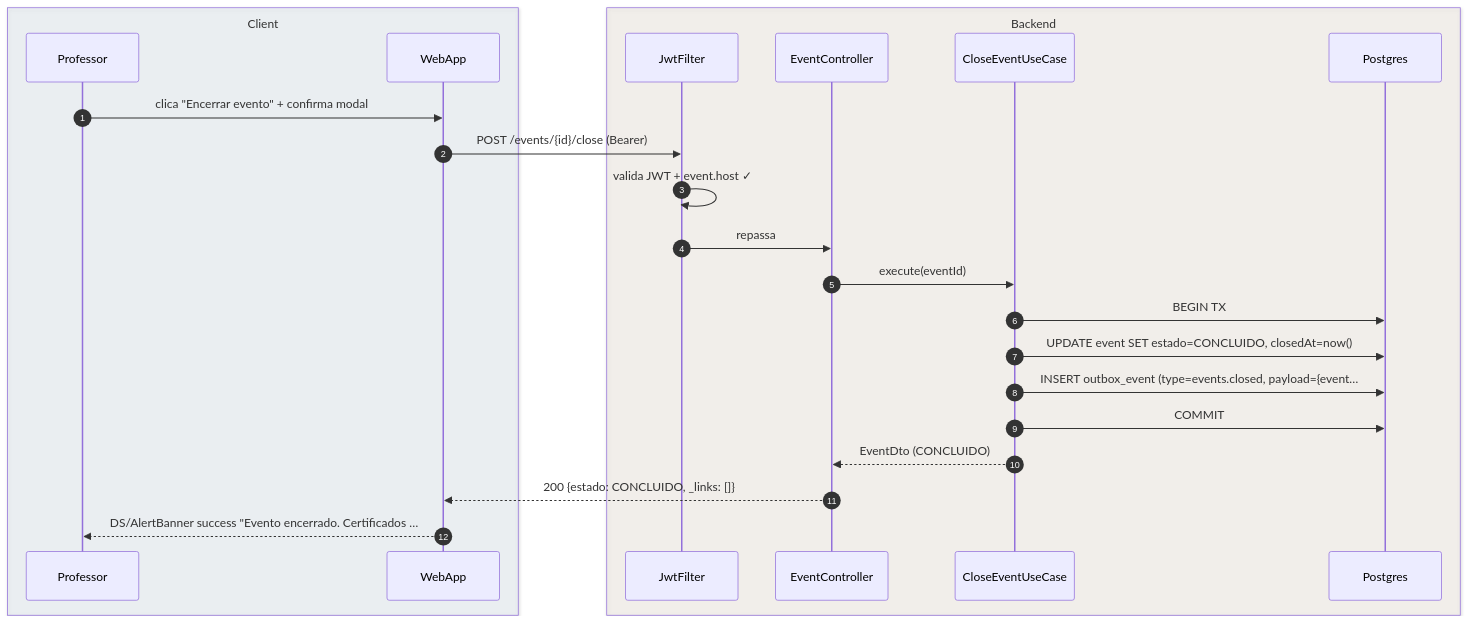
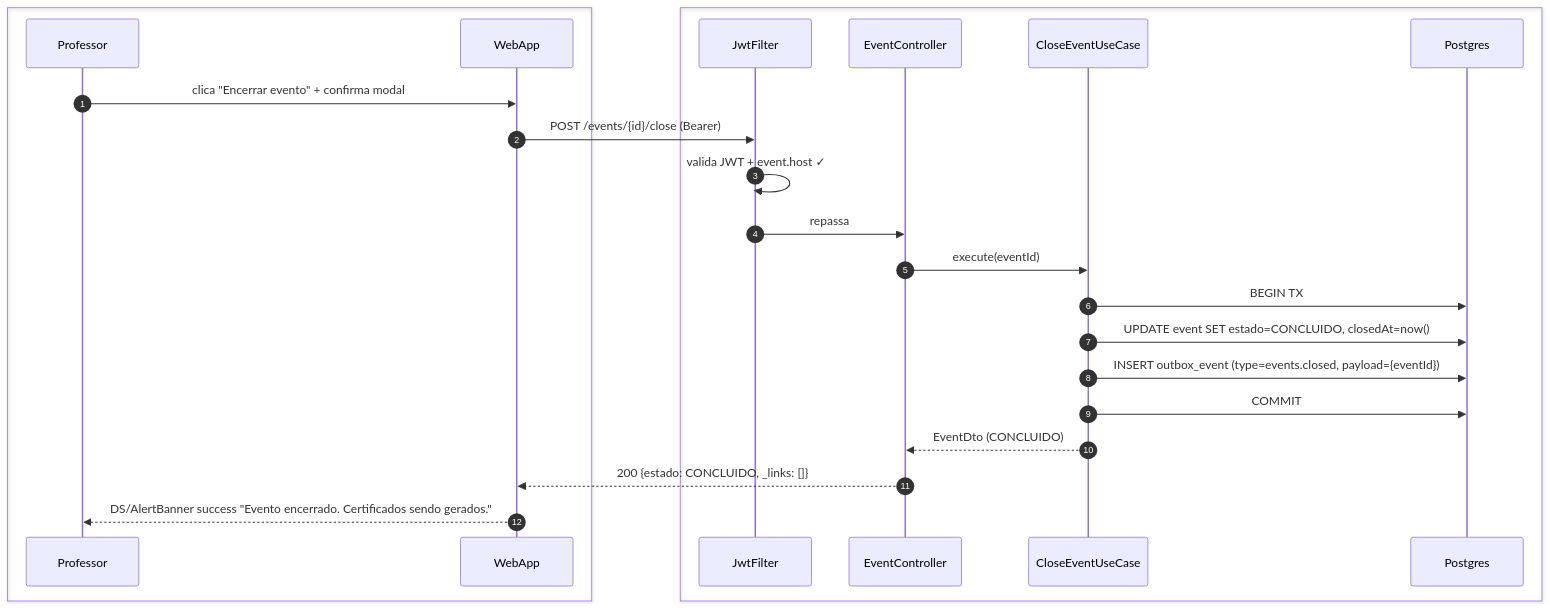
One commit to umishell/secretariaOnline2 changed the fifth of 6 diagrams in foundationDocs/sequenceDiagrams/F3 — Professor/US-F3-002-EVENTOS.md. Above: the diagram before and after it, drawn with Mermaid. The commit also changed other lines of this file and 70 other files, not shown here.

First line of the commit message:
Enhance database documentation and introduce new schema files

````diff
--- a/foundationDocs/sequenceDiagrams/F3 — Professor/US-F3-002-EVENTOS.md
+++ b/foundationDocs/sequenceDiagrams/F3 — Professor/US-F3-002-EVENTOS.md
@@ -235,27 +235,27 @@
 ```mermaid
 sequenceDiagram
     autonumber
-    box rgba(230,245,255,0.3) Client
+    box #e8f4fc Cliente
         participant Professor
         participant WebApp
     end
-    box rgba(255,245,230,0.3) Backend
+    box #fff8ee Servidor
         participant JwtFilter
         participant EventController
         participant CloseEventUC as CloseEventUseCase
         participant Postgres
     end
 
     Professor->>WebApp: clica "Encerrar evento" + confirma modal
     WebApp->>JwtFilter: POST /events/{id}/close (Bearer)
     JwtFilter->>JwtFilter: valida JWT + event.host ✓
     JwtFilter->>EventController: repassa
     EventController->>CloseEventUC: execute(eventId)
     CloseEventUC->>Postgres: BEGIN TX
     CloseEventUC->>Postgres: UPDATE event SET estado=CONCLUIDO, closedAt=now()
-    CloseEventUC->>Postgres: INSERT outbox_event (type=events.closed, payload={event…
+    CloseEventUC->>Postgres: INSERT outbox_event (type=events.closed, payload={eventId})
     CloseEventUC->>Postgres: COMMIT
     CloseEventUC-->>EventController: EventDto (CONCLUIDO)
     EventController-->>WebApp: 200 {estado: CONCLUIDO, _links: []}
-    WebApp-->>Professor: DS/AlertBanner success "Evento encerrado. Certificados …
+    WebApp-->>Professor: DS/AlertBanner success "Evento encerrado. Certificados sendo gerados."
 ```
````
